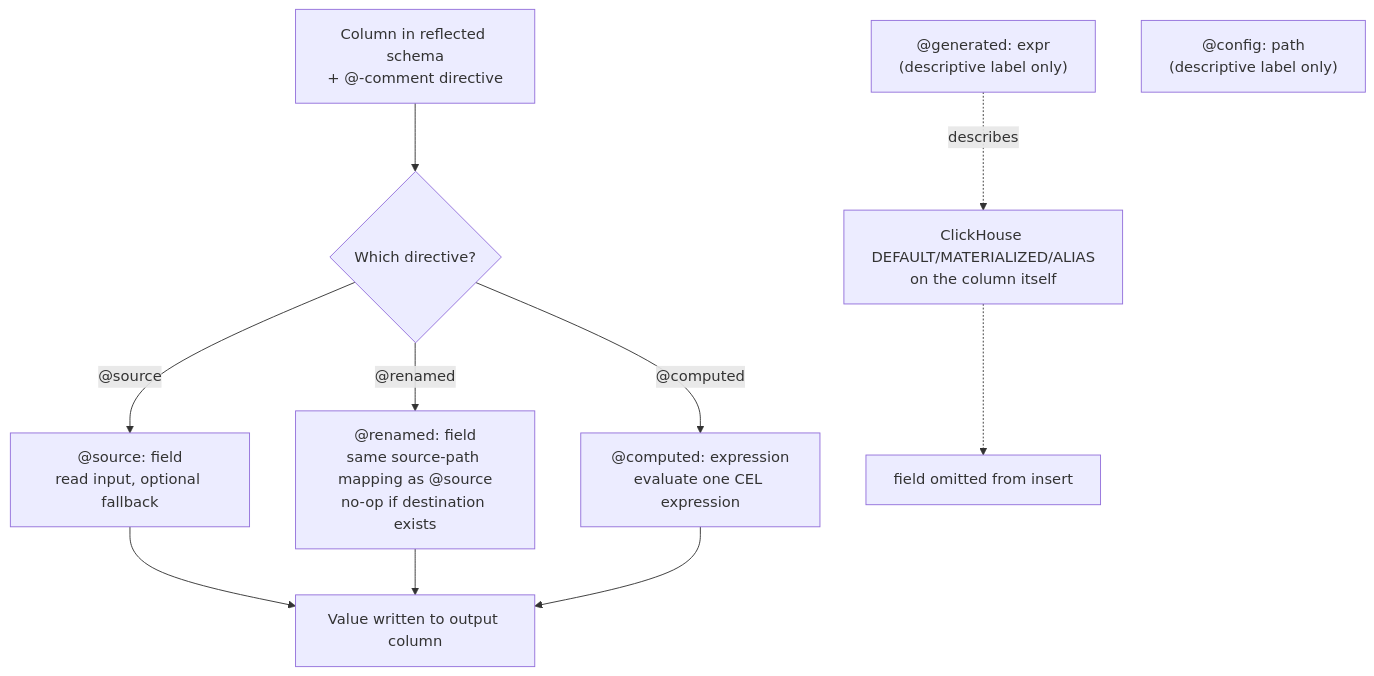
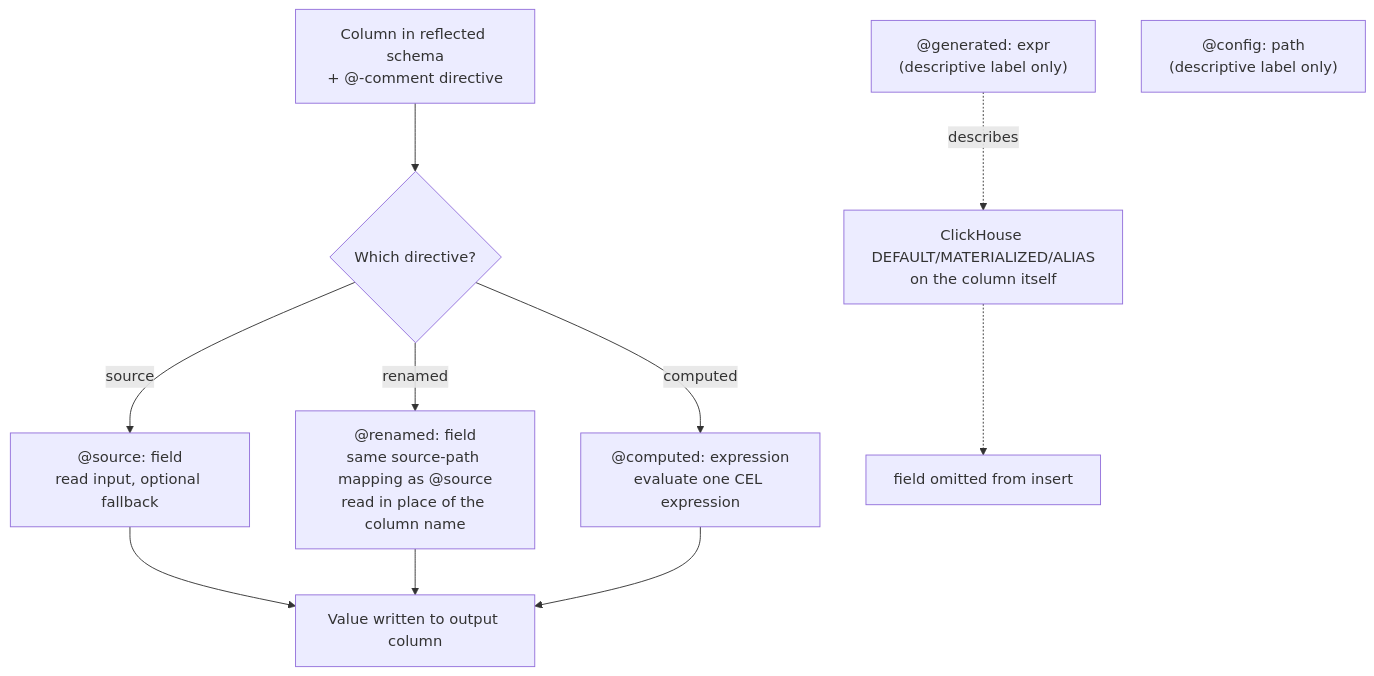
The diagram in docs/clickhouse/ddl-directives.md (hyperi-io/dfe-loader), drawn with Mermaid before and after one commit. The commit also changed other lines of this file and 30 other files, not shown here.

````diff
--- a/docs/clickhouse/ddl-directives.md
+++ b/docs/clickhouse/ddl-directives.md
@@ -40,22 +37,22 @@
 ```mermaid
 flowchart TB
     COL["Column in reflected schema<br/>+ @-comment directive"]
     K{"Which directive?"}
     SRC["@source: field<br/>read input, optional fallback"]
-    REN["@renamed: field<br/>same source-path mapping as @source<br/>no-op if destination exists"]
+    REN["@renamed: field<br/>same source-path mapping as @source<br/>read in place of the column name"]
     CMP["@computed: expression<br/>evaluate one CEL expression"]
     OUT["Value written to output column"]
     GEN["@generated: expr<br/>(descriptive label only)"]
     CFG["@config: path<br/>(descriptive label only)"]
     DEF["ClickHouse DEFAULT/MATERIALIZED/ALIAS<br/>on the column itself"]
 
     COL --> K
-    K -->|"@source"| SRC
-    K -->|"@renamed"| REN
-    K -->|"@computed"| CMP
+    K -->|source| SRC
+    K -->|renamed| REN
+    K -->|computed| CMP
     SRC --> OUT
     REN --> OUT
     CMP --> OUT
-    GEN -. describes .-> DEF
+    GEN -.->|describes| DEF
     DEF -.-> SKIP["field omitted from insert"]
 ```
````
